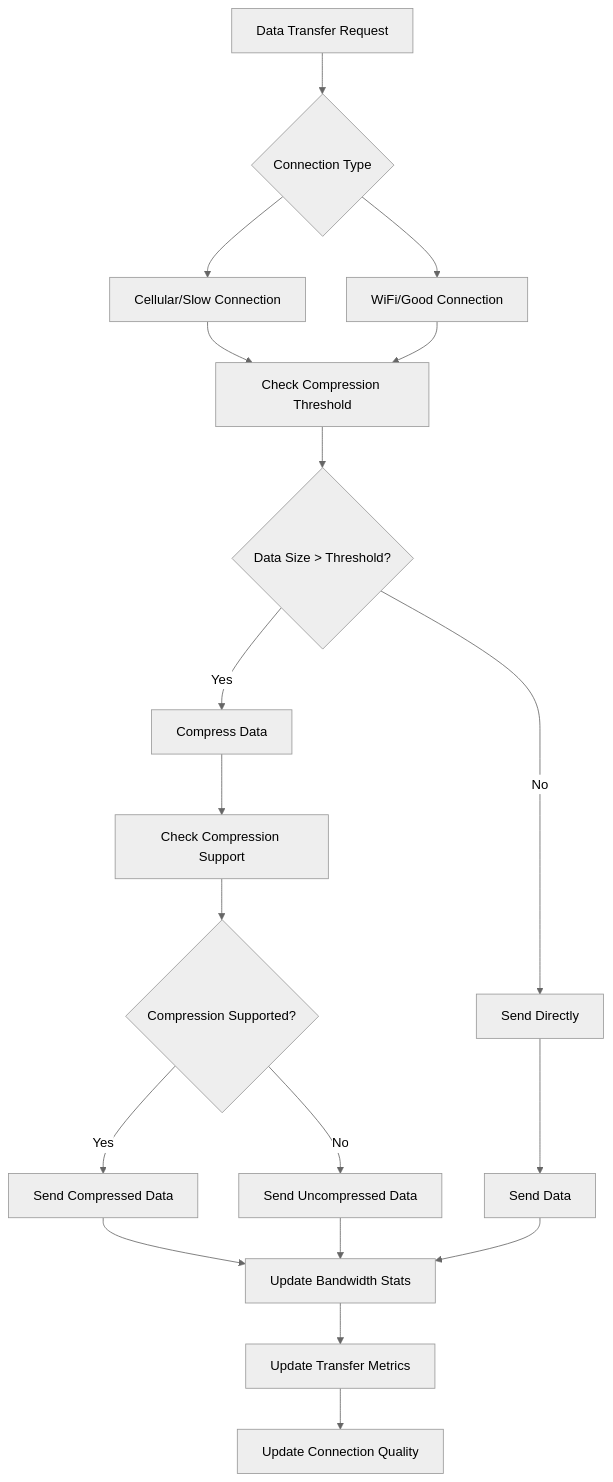
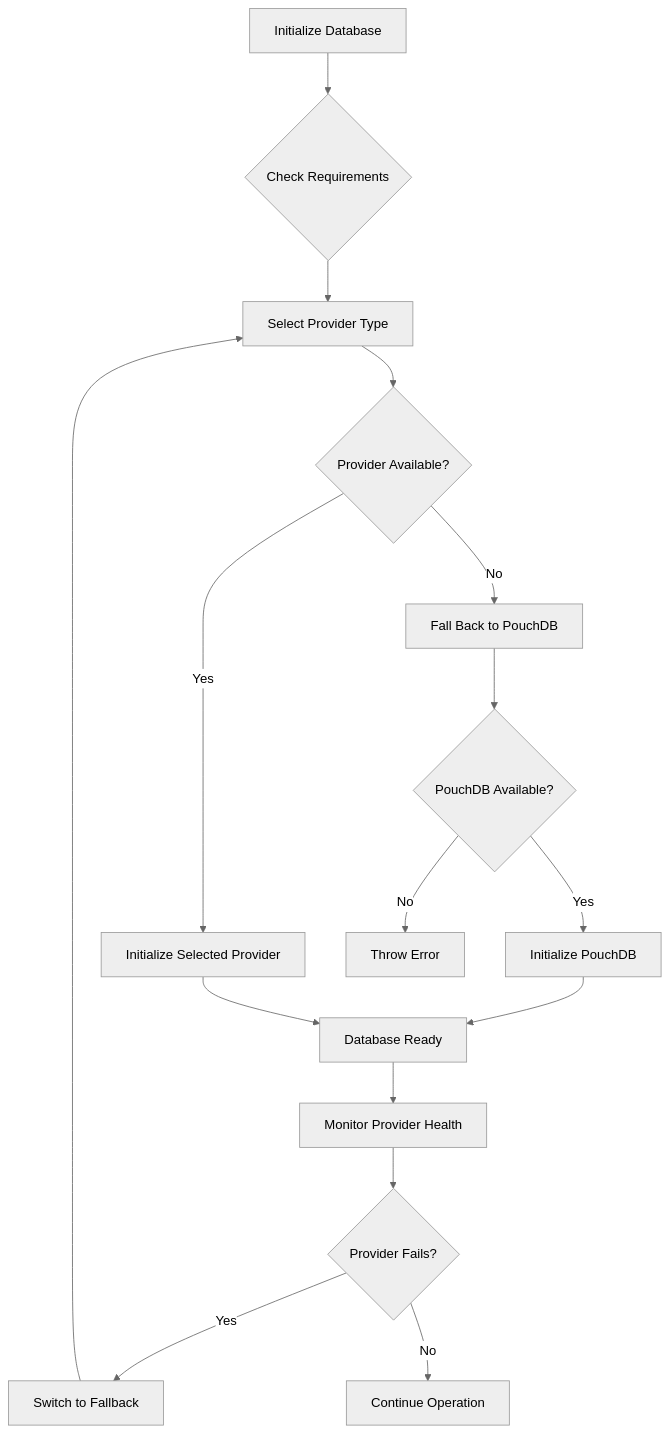
Before and after one commit to geniusdynamics/schoolpilot: diagram 18 of 18 in .qoder/repowiki/en/content/Architecture Overview/Data Management Architecture/Data Synchronization Workflow/Data Synchronization Workflow.md, drawn with Mermaid (neutral theme). The commit also changed other lines of this file and 19 other files, not shown here.

````diff
--- a/.qoder/repowiki/en/content/Architecture Overview/Data Management Architecture/Data Synchronization Workflow/Data Synchronization Workflow.md
+++ b/.qoder/repowiki/en/content/Architecture Overview/Data Management Architecture/Data Synchronization Workflow/Data Synchronization Workflow.md
@@ -748,21 +768,18 @@
 ```mermaid
 flowchart TD
-A[Data Transfer Request] --> B{Connection Type}
-B --> C[Cellular/Slow Connection]
-B --> D[WiFi/Good Connection]
-C --> E[Check Compression Threshold]
-D --> E
-E --> F{Data Size > Threshold?}
-F --> |Yes| G[Compress Data]
-F --> |No| H[Send Directly]
-G --> I[Check Compression Support]
-I --> J{Compression Supported?}
-J --> |Yes| K[Send Compressed Data]
-J --> |No| L[Send Uncompressed Data]
-H --> M[Send Data]
-K --> N[Update Bandwidth Stats]
-L --> N
-M --> N
-N --> O[Update Transfer Metrics]
-O --> P[Update Connection Quality]
+A[Initialize Database] --> B{Check Requirements}
+B --> C[Select Provider Type]
+C --> D{Provider Available?}
+D --> |Yes| E[Initialize Selected Provider]
+D --> |No| F[Fall Back to PouchDB]
+F --> G{PouchDB Available?}
+G --> |Yes| H[Initialize PouchDB]
+G --> |No| I[Throw Error]
+H --> J[Database Ready]
+E --> J
+J --> K[Monitor Provider Health]
+K --> L{Provider Fails?}
+L --> |Yes| M[Switch to Fallback]
+M --> C
+L --> |No| N[Continue Operation]
 ```
````
